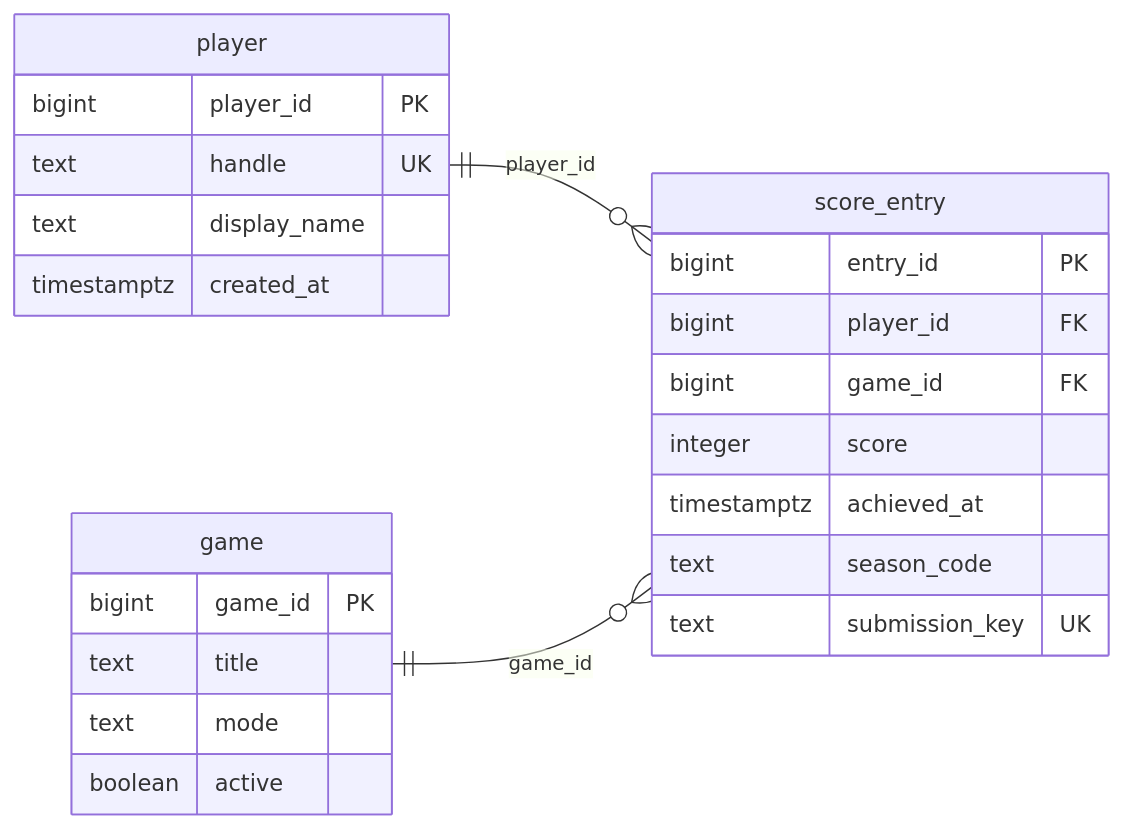
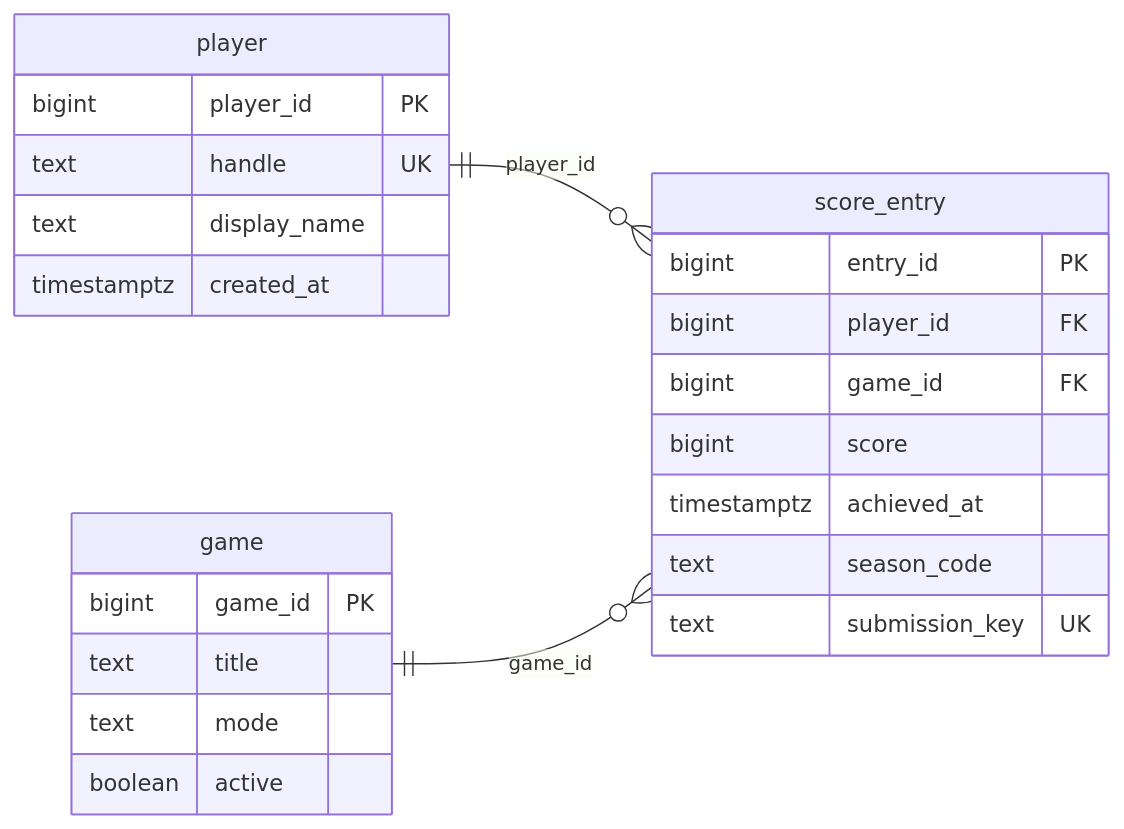
The diagram in portfolio-1-database-design/Oyewale_Taiwo_301926988_P1_ERDiagram.md (TaiwoSaidat/Oyewale_Taiwo_301926988), drawn with Mermaid before and after one commit. The commit also changed 2 other files, not shown here.

Commit message:
feat: correct mistakes made

````diff
--- a/portfolio-1-database-design/Oyewale_Taiwo_301926988_P1_ERDiagram.md
+++ b/portfolio-1-database-design/Oyewale_Taiwo_301926988_P1_ERDiagram.md
@@ -3,27 +3,27 @@
 ```mermaid
 erDiagram
     direction LR
     player {
         bigint player_id PK
         text handle UK
         text display_name
         timestamptz created_at
     }
     game {
         bigint game_id PK
         text title
         text mode
         boolean active
     }
     score_entry {
         bigint entry_id PK
         bigint player_id FK
         bigint game_id FK
-        integer score
+        bigint score
         timestamptz achieved_at
         text season_code
         text submission_key UK
     }
     player ||--o{ score_entry : "player_id"
     game ||--o{ score_entry : "game_id"
 ```
````
